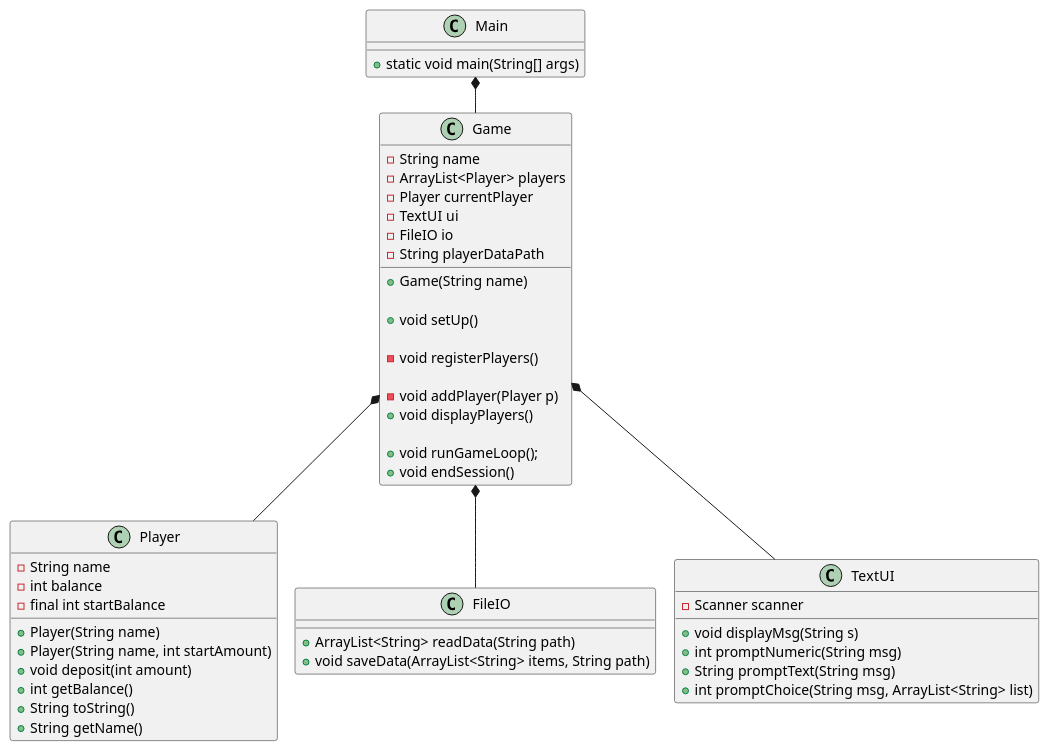
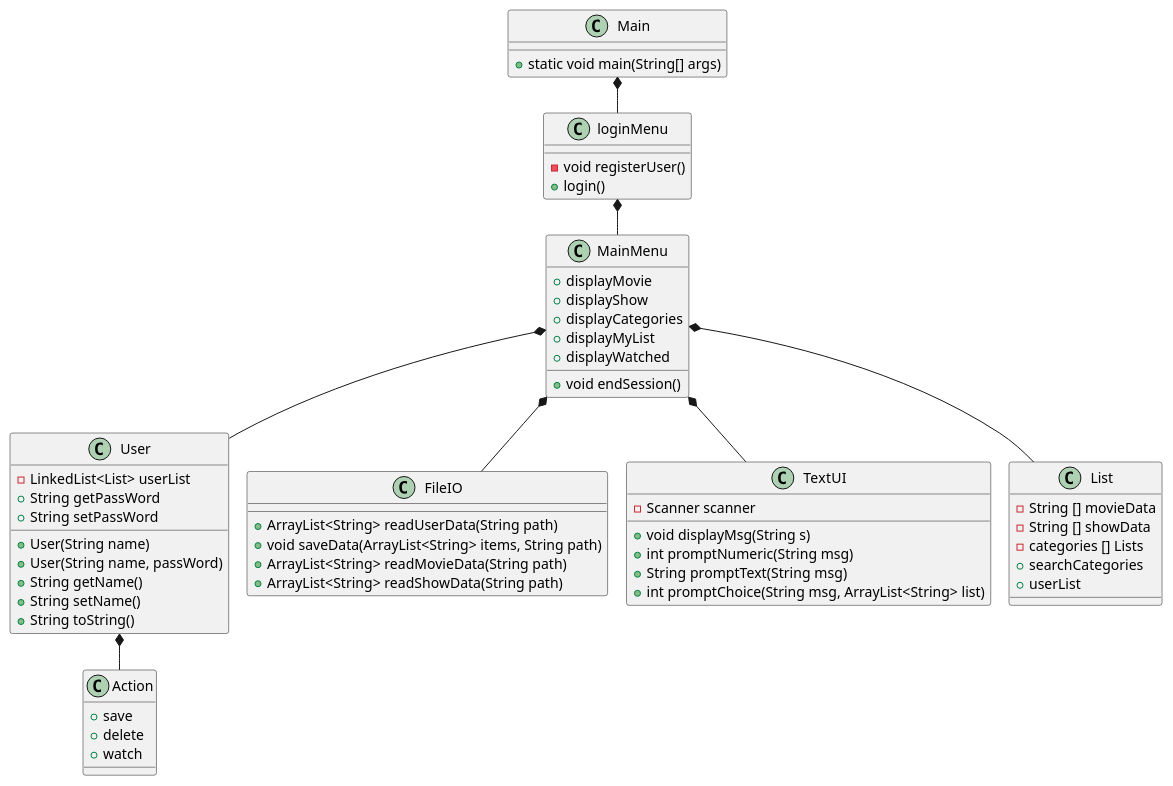
Before and after one commit to ABrondbjerg/Streaming-SP3: the diagram in doc/ClassDiagramV1.puml, drawn with PlantUML. The commit also changed 1 other file, not shown here.

```diff
--- a/doc/ClassDiagramV1.puml
+++ b/doc/ClassDiagramV1.puml
@@ -1,64 +1,68 @@
 @startuml
 !pragma layout smetana
 
 class Main{
 + static void main(String[] args)
 }
+class loginMenu{
+- void registerUser()
++ login()
+}
+class MainMenu{
++ displayMovie
++ displayShow
++ displayCategories
++ displayMyList
++ displayWatched
 
-class Game{
- - String name
- - ArrayList<Player> players
- - Player currentPlayer
- - TextUI ui
- - FileIO io
- - String playerDataPath
- + Game(String name)
-
- ' gamedataload, object creation, option to start new game
- + void setUp()
-
- 'object creation with UI
-  - void registerPlayers()
-
-  - void addPlayer(Player p)
-  + void displayPlayers()
-
- 'new: we need a loop to manage each players' turn during the life cycle of the game
- + void runGameLoop();
  + void endSession()
-
 }
 
-class Player{
-- String name
-- int balance
-- final int startBalance
-+ Player(String name)
-+ Player(String name, int startAmount)
-+ void deposit(int amount)
-+ int getBalance()
+class User{
+- LinkedList<List> userList
++ User(String name)
++ User(String name, passWord)
++ String getPassWord
++ String setPassWord
++ String getName()
++ String setName()
 + String toString()
-+ String getName()
-
 }
 class FileIO{
-+ ArrayList<String> readData(String path)
++ ArrayList<String> readUserData(String path)
 + void saveData(ArrayList<String> items, String path)
++ ArrayList<String> readMovieData(String path)
++ ArrayList<String> readShowData(String path)
 }
 
 class TextUI{
 - Scanner scanner
 + void displayMsg(String s)
 + int promptNumeric(String msg)
 + String promptText(String msg)
 + int promptChoice(String msg, ArrayList<String> list)
+}
+
+class List{
+- String [] movieData
+- String [] showData
+- categories [] Lists
++ searchCategories
++ userList
+}
+class Action{
++ save
++ delete
++ watch
+}
 
 
-}
-
-Game *-- TextUI
-Main *-- Game
-Game *-- Player
-Game *-- FileIO
+Main *-- loginMenu
+loginMenu *-- MainMenu
+MainMenu *-- TextUI
+MainMenu *-- List
+MainMenu *-- User
+MainMenu *-- FileIO
+User *-- Action
 
 @enduml
```
